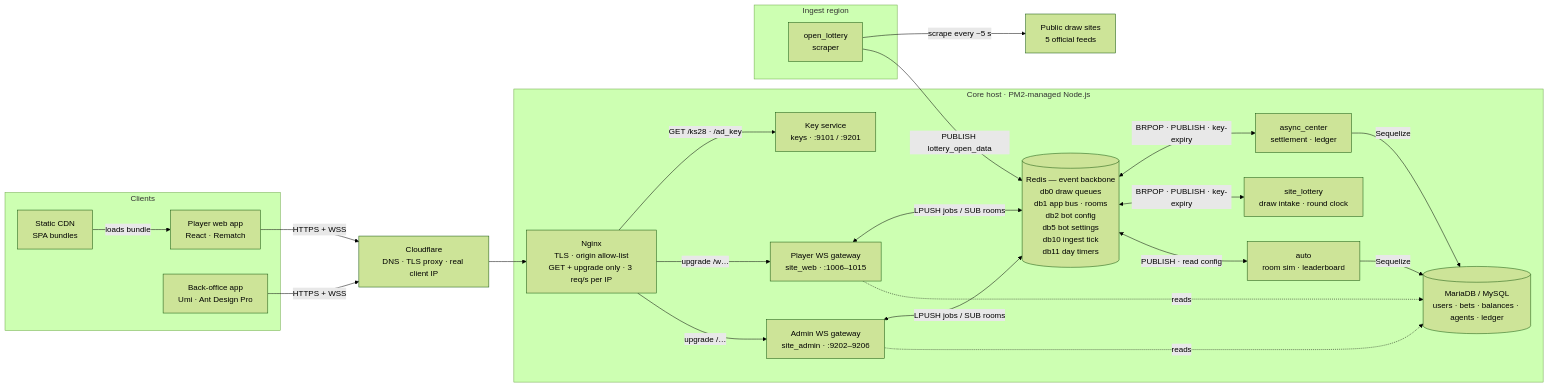
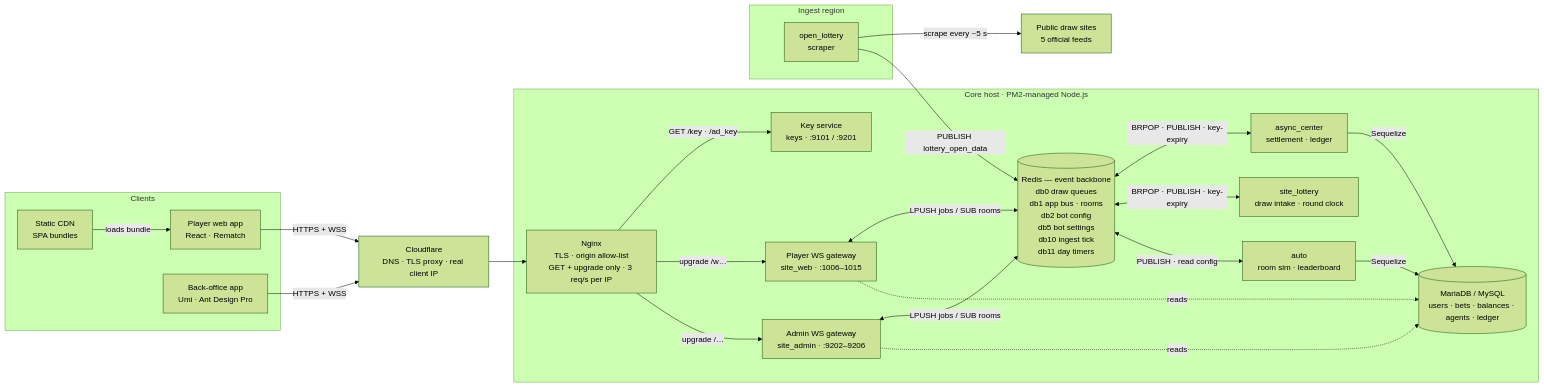
Before and after one commit to jchoisu-dev/ks-demo-1: the first of 3 diagrams in docs/SYSTEM_DESIGN.md, drawn with Mermaid (forest theme). The commit also changed other lines of this file and 4 other files, not shown here.

````diff
--- a/docs/SYSTEM_DESIGN.md
+++ b/docs/SYSTEM_DESIGN.md
@@ -31,46 +31,46 @@
 ```mermaid
 flowchart LR
     subgraph Clients
         CDN["Static CDN<br/>SPA bundles"]
         Player["Player web app<br/>React · Rematch"]
         Admin["Back-office app<br/>Umi · Ant Design Pro"]
     end
 
     CF["Cloudflare<br/>DNS · TLS proxy · real client IP"]
 
     subgraph Core["Core host · PM2-managed Node.js"]
         Nginx["Nginx<br/>TLS · origin allow-list<br/>GET + upgrade only · 3 req/s per IP"]
         Keys["Key service<br/>keys · :9101 / :9201"]
         WebGW["Player WS gateway<br/>site_web · :1006–1015"]
         AdminGW["Admin WS gateway<br/>site_admin · :9202–9206"]
         Redis[("Redis — event backbone<br/>db0 draw queues<br/>db1 app bus · rooms<br/>db2 bot config<br/>db5 bot settings<br/>db10 ingest tick<br/>db11 day timers")]
         Async["async_center<br/>settlement · ledger"]
         Lottery["site_lottery<br/>draw intake · round clock"]
         Auto["auto<br/>room sim · leaderboard"]
         DB[("MariaDB / MySQL<br/>users · bets · balances · agents · ledger")]
     end
 
     subgraph Ingest["Ingest region"]
         Scraper["open_lottery<br/>scraper"]
     end
     Sites["Public draw sites<br/>5 official feeds"]
 
     CDN -- "loads bundle" --> Player
     Player -- "HTTPS + WSS" --> CF
     Admin -- "HTTPS + WSS" --> CF
     CF --> Nginx
-    Nginx -- "GET /ks28 · /ad_key" --> Keys
+    Nginx -- "GET /key · /ad_key" --> Keys
     Nginx -- "upgrade /w…" --> WebGW
     Nginx -- "upgrade /…" --> AdminGW
     WebGW <-- "LPUSH jobs / SUB rooms" --> Redis
     AdminGW <-- "LPUSH jobs / SUB rooms" --> Redis
     Redis <-- "BRPOP · PUBLISH · key-expiry" --> Async
     Redis <-- "BRPOP · PUBLISH · key-expiry" --> Lottery
     Redis <-- "PUBLISH · read config" --> Auto
     Async -- "Sequelize" --> DB
     Auto -- "Sequelize" --> DB
     WebGW -. "reads" .-> DB
     AdminGW -. "reads" .-> DB
     Scraper -- "scrape every ~5 s" --> Sites
     Scraper -- "PUBLISH lottery_open_data" --> Redis
 ```
````
